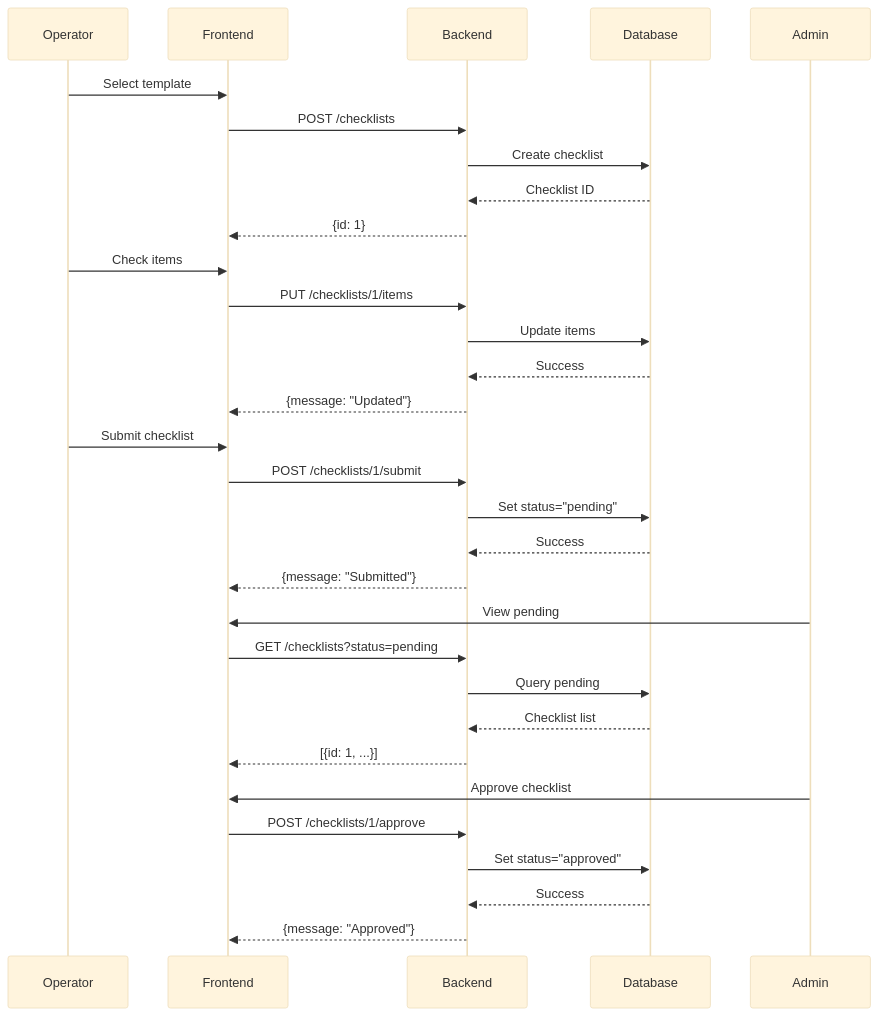
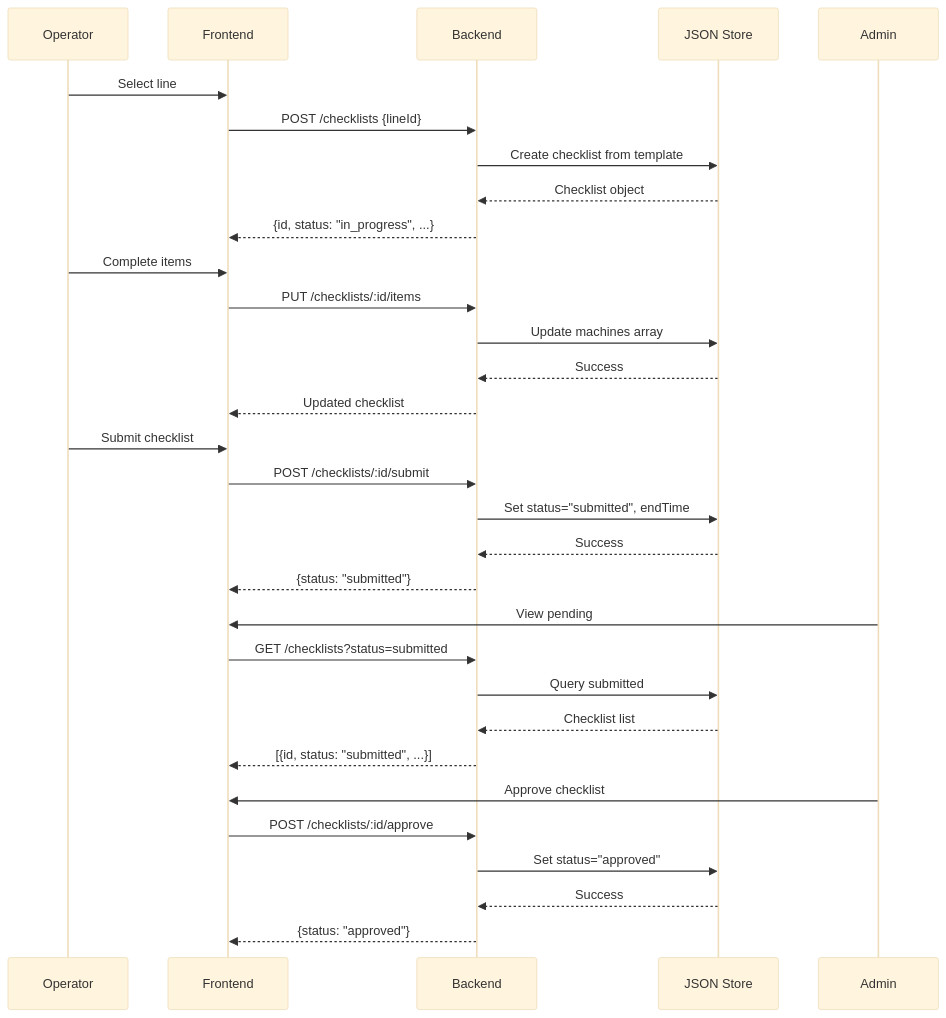
The third of 4 diagrams in wiki/2-Technical-Blueprints-Backend.md (RoshanSanjeev7/GalloSanitizationMVP), drawn with Mermaid (base theme) before and after one commit. The commit also changed other lines of this file and 38 other files, not shown here.

````diff
--- a/wiki/2-Technical-Blueprints-Backend.md
+++ b/wiki/2-Technical-Blueprints-Backend.md
@@ -521,38 +621,38 @@
 ```mermaid
 sequenceDiagram
     participant O as Operator
     participant F as Frontend
     participant B as Backend
-    participant DB as Database
+    participant S as JSON Store
     participant A as Admin
 
-    O->>F: Select template
-    F->>B: POST /checklists
-    B->>DB: Create checklist
-    DB-->>B: Checklist ID
-    B-->>F: {id: 1}
+    O->>F: Select line
+    F->>B: POST /checklists {lineId}
+    B->>S: Create checklist from template
+    S-->>B: Checklist object
+    B-->>F: {id, status: "in_progress", ...}
 
-    O->>F: Check items
-    F->>B: PUT /checklists/1/items
-    B->>DB: Update items
-    DB-->>B: Success
-    B-->>F: {message: "Updated"}
+    O->>F: Complete items
+    F->>B: PUT /checklists/:id/items
+    B->>S: Update machines array
+    S-->>B: Success
+    B-->>F: Updated checklist
 
     O->>F: Submit checklist
-    F->>B: POST /checklists/1/submit
-    B->>DB: Set status="pending"
-    DB-->>B: Success
-    B-->>F: {message: "Submitted"}
+    F->>B: POST /checklists/:id/submit
+    B->>S: Set status="submitted", endTime
+    S-->>B: Success
+    B-->>F: {status: "submitted"}
 
     A->>F: View pending
-    F->>B: GET /checklists?status=pending
-    B->>DB: Query pending
-    DB-->>B: Checklist list
-    B-->>F: [{id: 1, ...}]
+    F->>B: GET /checklists?status=submitted
+    B->>S: Query submitted
+    S-->>B: Checklist list
+    B-->>F: [{id, status: "submitted", ...}]
 
     A->>F: Approve checklist
-    F->>B: POST /checklists/1/approve
-    B->>DB: Set status="approved"
-    DB-->>B: Success
-    B-->>F: {message: "Approved"}
+    F->>B: POST /checklists/:id/approve
+    B->>S: Set status="approved"
+    S-->>B: Success
+    B-->>F: {status: "approved"}
 ```
````
